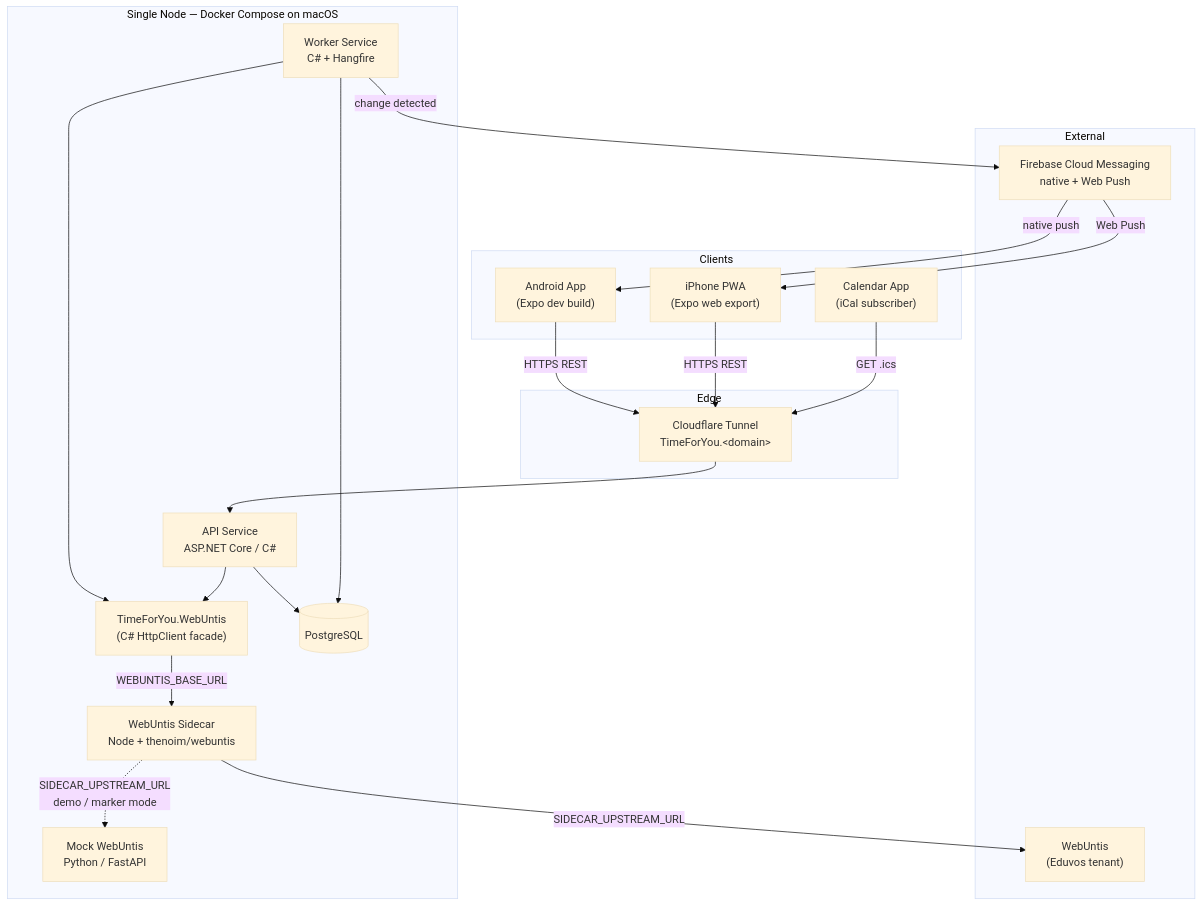
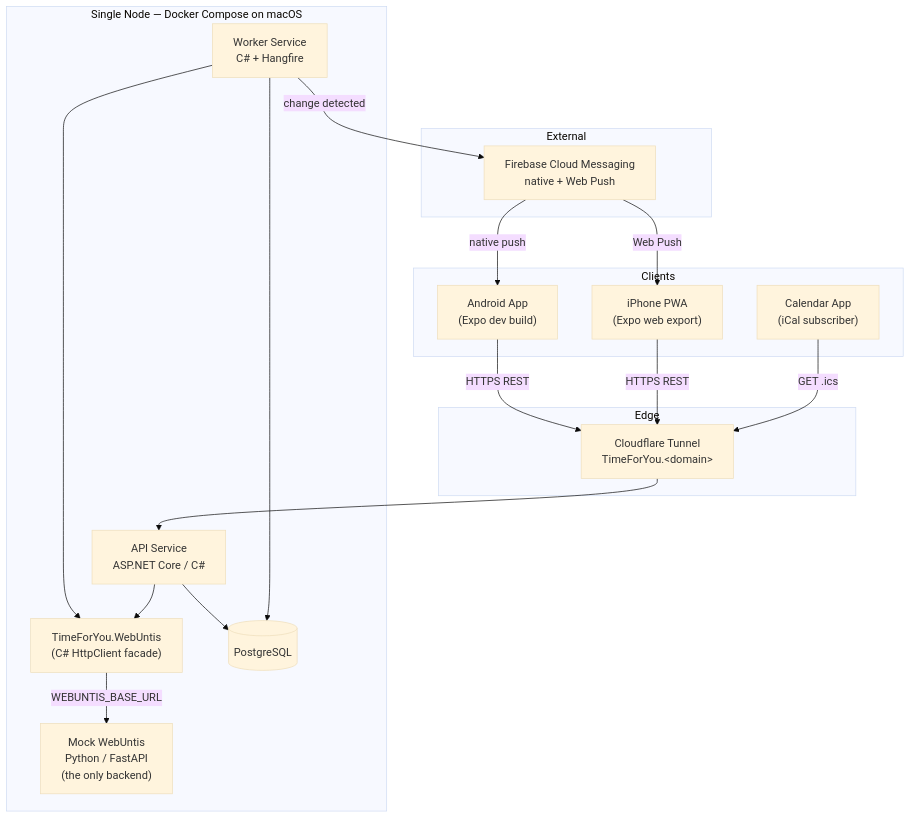
The third of 5 diagrams in PROJECT-BRIEF.md (nbence-dev/TimeForYou), drawn with Mermaid (base theme) before and after one commit. The commit also changed other lines of this file and 6 other files, not shown here.

First line of the commit message:
docs(platform): reconcile docs with spec #3 — WebUntis access dropped (#24)

````diff
--- a/PROJECT-BRIEF.md
+++ b/PROJECT-BRIEF.md
@@ -646,45 +663,40 @@
 ```mermaid
 flowchart TB
     subgraph Clients["Clients"]
         AND["Android App<br/>(Expo dev build)"]
         IOS["iPhone PWA<br/>(Expo web export)"]
         CAL["Calendar App<br/>(iCal subscriber)"]
     end
 
     subgraph Edge["Edge"]
         CF["Cloudflare Tunnel<br/>TimeForYou.&lt;domain&gt;"]
     end
 
     subgraph Node["Single Node — Docker Compose on macOS"]
         API["API Service<br/>ASP.NET Core / C#"]
         WORK["Worker Service<br/>C# + Hangfire"]
         WU["TimeForYou.WebUntis<br/>(C# HttpClient facade)"]
-        SIDE["WebUntis Sidecar<br/>Node + thenoim/webuntis"]
         DB[("PostgreSQL")]
-        MOCK["Mock WebUntis<br/>Python / FastAPI"]
+        MOCK["Mock WebUntis<br/>Python / FastAPI<br/>(the only backend)"]
     end
 
     subgraph External["External"]
-        REAL["WebUntis<br/>(Eduvos tenant)"]
         FCM["Firebase Cloud Messaging<br/>native + Web Push"]
     end
 
     AND -->|HTTPS REST| CF
     IOS -->|HTTPS REST| CF
     CAL -->|GET .ics| CF
     CF --> API
 
     API --> DB
     WORK --> DB
     WORK --> WU
     API --> WU
 
-    WU -->|WEBUNTIS_BASE_URL| SIDE
-
-    SIDE -->|SIDECAR_UPSTREAM_URL| REAL
-    SIDE -.->|SIDECAR_UPSTREAM_URL<br/>demo / marker mode| MOCK
+    WU -->|WEBUNTIS_BASE_URL| MOCK
 
     WORK -->|change detected| FCM
     FCM -->|native push| AND
     FCM -->|Web Push| IOS
 ```
````
